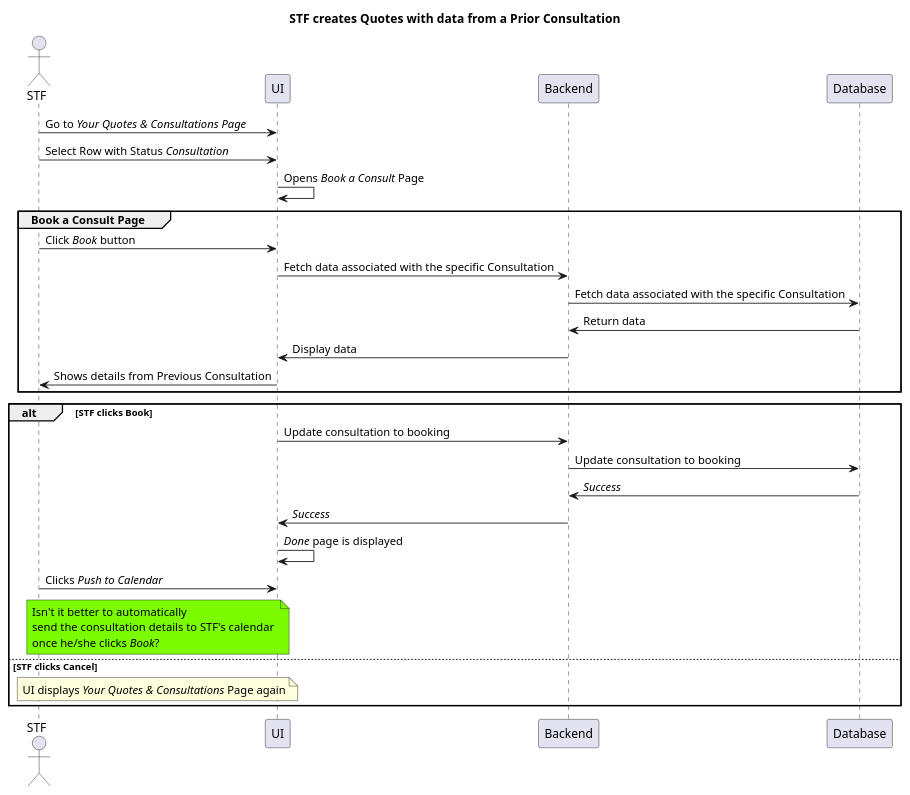
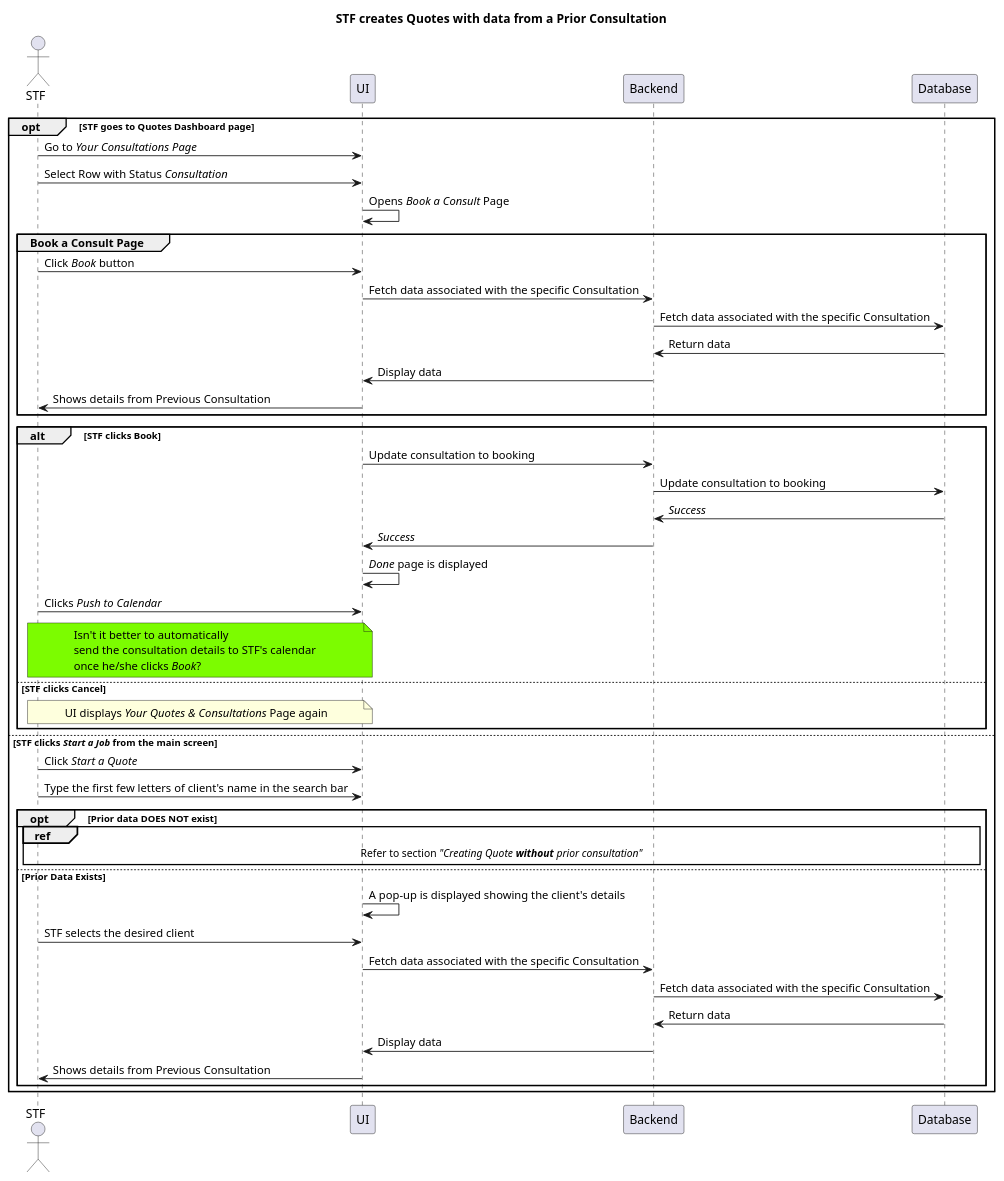
One commit to jpgacrama/NovariSpecs changed the diagram in STF/STF_CreateQuoteFromPriorConsultation.pu. Above: the diagram before and after it, drawn with PlantUML.

Commit message:
master: Added a group where STF creates a Quote using "Start a Job" button

```diff
--- a/STF/STF_CreateQuoteFromPriorConsultation.pu
+++ b/STF/STF_CreateQuoteFromPriorConsultation.pu
@@ -1,39 +1,58 @@
 @startuml
     title STF creates Quotes with data from a Prior Consultation
 
     actor "STF" as STF
-    
-    STF -> UI: Go to //Your Quotes & Consultations Page//
-    STF -> UI: Select Row with Status //Consultation//
-    UI -> UI: Opens //Book a Consult// Page
 
-    group Book a Consult Page
-        STF -> UI: Click //Book// button
-        UI -> Backend: Fetch data associated with the specific Consultation
-        Backend -> Database: Fetch data associated with the specific Consultation
-        Database -> Backend: Return data
-        Backend -> UI: Display data 
+    opt STF goes to Quotes Dashboard page
+        STF -> UI: Go to //Your Consultations Page//
+        STF -> UI: Select Row with Status //Consultation//
+        UI -> UI: Opens //Book a Consult// Page
 
-        UI -> STF: Shows details from Previous Consultation
-    end group
+        group Book a Consult Page
+            STF -> UI: Click //Book// button
+            UI -> Backend: Fetch data associated with the specific Consultation
+            Backend -> Database: Fetch data associated with the specific Consultation
+            Database -> Backend: Return data
+            Backend -> UI: Display data 
 
-    alt STF clicks Book
-        UI -> Backend: Update consultation to booking
-        Backend -> Database: Update consultation to booking
-        Database -> Backend: //Success//
-        Backend -> UI: //Success//
+            UI -> STF: Shows details from Previous Consultation
+        end group
 
-        UI -> UI: //Done// page is displayed
-        STF -> UI: Clicks //Push to Calendar//
+        alt STF clicks Book
+            UI -> Backend: Update consultation to booking
+            Backend -> Database: Update consultation to booking
+            Database -> Backend: //Success//
+            Backend -> UI: //Success//
 
-        note over STF, UI #LawnGreen
-            Isn't it better to automatically
-            send the consultation details to STF's calendar 
-            once he/she clicks //Book//?
-        end note
-    else STF clicks Cancel
-        note over STF, UI
-            UI displays //Your Quotes & Consultations// Page again
-        end note
+            UI -> UI: //Done// page is displayed
+            STF -> UI: Clicks //Push to Calendar//
+
+            note over STF, UI #LawnGreen
+                Isn't it better to automatically
+                send the consultation details to STF's calendar 
+                once he/she clicks //Book//?
+            end note
+        else STF clicks Cancel
+            note over STF, UI
+                UI displays //Your Quotes & Consultations// Page again
+            end note
+        end
+    else STF clicks //Start a Job// from the main screen
+        STF -> UI: Click //Start a Quote//
+        STF -> UI: Type the first few letters of client's name in the search bar
+        opt Prior data DOES NOT exist
+            ref over STF, Database
+                Refer to section //"Creating Quote **without** prior consultation"//
+            end
+        else Prior Data Exists
+            UI -> UI: A pop-up is displayed showing the client's details
+            STF -> UI: STF selects the desired client
+            UI -> Backend: Fetch data associated with the specific Consultation
+            Backend -> Database: Fetch data associated with the specific Consultation
+            Database -> Backend: Return data
+            Backend -> UI: Display data 
+            UI -> STF: Shows details from Previous Consultation
+
+        end
     end
 @enduml
```
